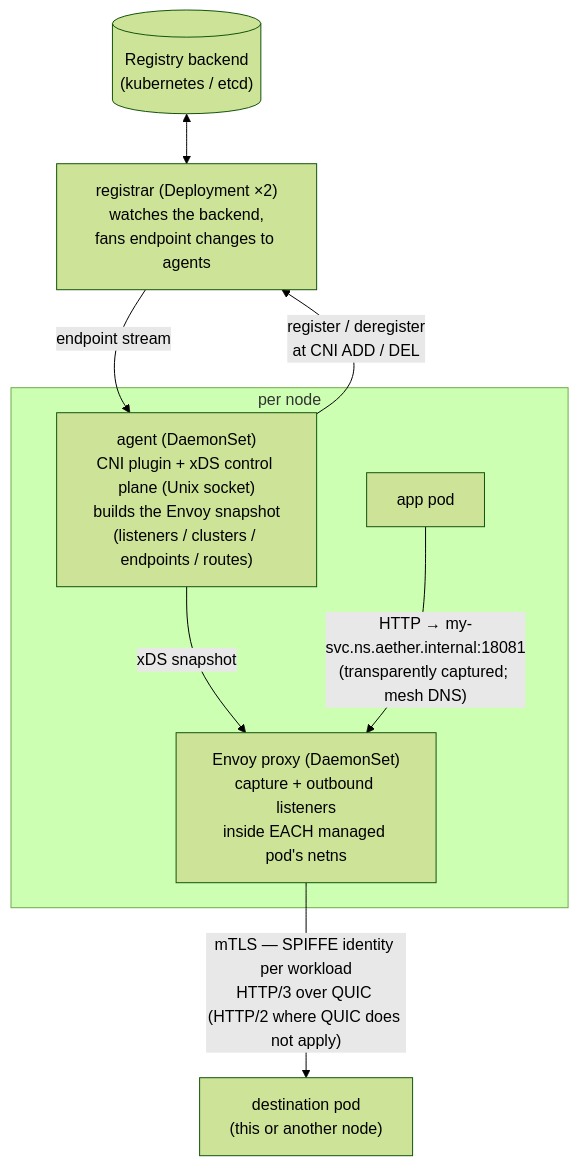
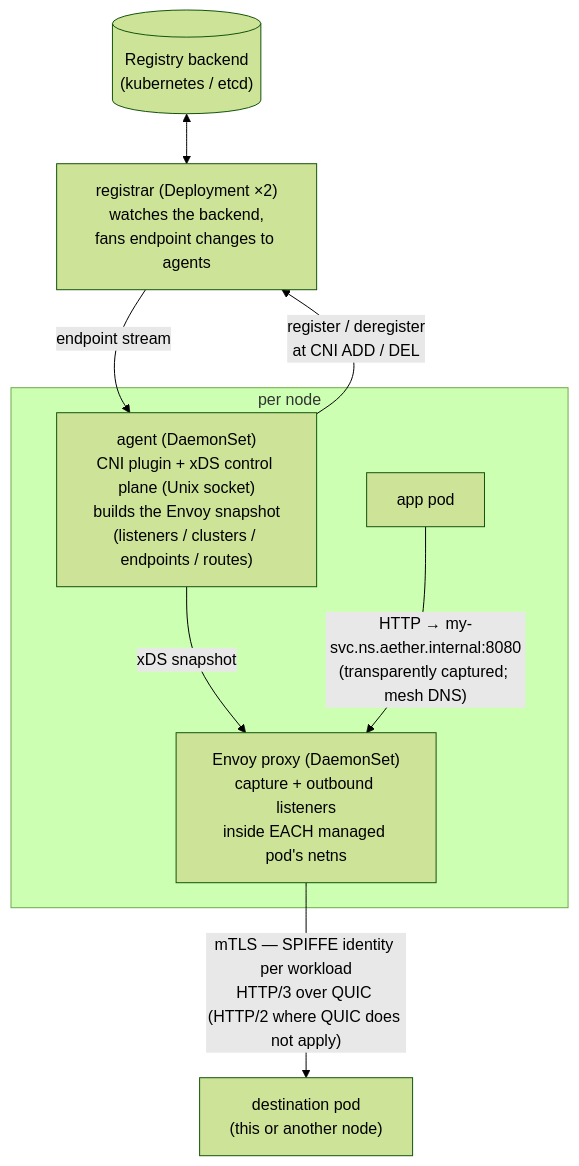
Before and after one commit to bpalermo/aether: the diagram in docs/getting-started.md, drawn with Mermaid (forest theme). The commit also changed other lines of this file and 20 other files, not shown here.

````diff
--- a/docs/getting-started.md
+++ b/docs/getting-started.md
@@ -41,18 +42,18 @@
 ```mermaid
 flowchart TB
     backend[("Registry backend<br/>(kubernetes / etcd)")]
     registrar["registrar (Deployment ×2)<br/>watches the backend,<br/>fans endpoint changes to agents"]
     backend <--> registrar
 
     subgraph node["per node"]
         agent["agent (DaemonSet)<br/>CNI plugin + xDS control plane (Unix socket)<br/>builds the Envoy snapshot<br/>(listeners / clusters / endpoints / routes)"]
         proxy["Envoy proxy (DaemonSet)<br/>capture + outbound listeners<br/>inside EACH managed pod's netns"]
         app["app pod"]
         agent -->|xDS snapshot| proxy
-        app -->|"HTTP → my-svc.ns.aether.internal:18081<br/>(transparently captured; mesh DNS)"| proxy
+        app -->|"HTTP → my-svc.ns.aether.internal:8080<br/>(transparently captured; mesh DNS)"| proxy
     end
 
     agent -->|"register / deregister<br/>at CNI ADD / DEL"| registrar
     registrar -->|endpoint stream| agent
     proxy -->|"mTLS — SPIFFE identity per workload<br/>HTTP/3 over QUIC (HTTP/2 where QUIC does not apply)"| dest["destination pod<br/>(this or another node)"]
 ```
````
